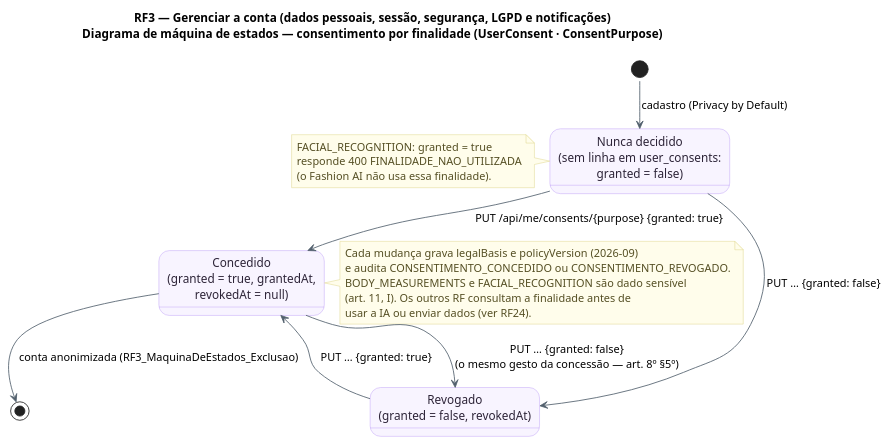
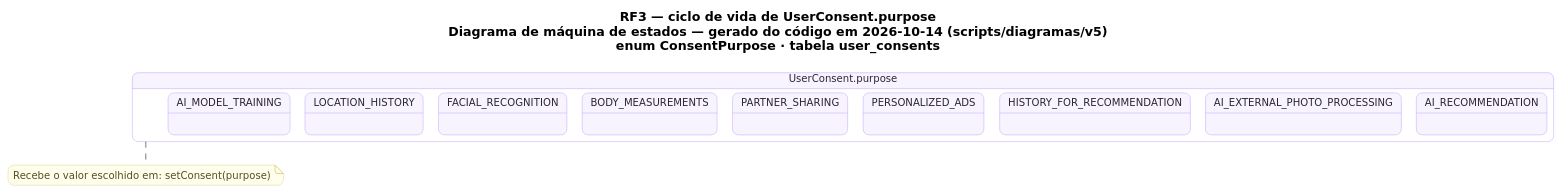
One commit to MatheusHaliski/tcc-2026-fashion-ai-backend changed the diagram in docs/diagramas/RF3/RF3-maquinadeestados-consentimento.puml. Above: the diagram before and after it, drawn with PlantUML. The commit also changed 800 other files, not shown here.

Commit message:
Adiciona composições AURA, bordas Metamorfose, guia visual e atualiza diagramas

```diff
--- a/docs/diagramas/RF3/RF3-maquinadeestados-consentimento.puml
+++ b/docs/diagramas/RF3/RF3-maquinadeestados-consentimento.puml
@@ -1,39 +1,38 @@
 @startuml RF3_MaquinaDeEstados_Consentimento
 !pragma layout smetana
-title RF3 — Gerenciar a conta (dados pessoais, sessão, segurança, LGPD e notificações)\nDiagrama de máquina de estados — consentimento por finalidade (UserConsent · ConsentPurpose)
 skinparam backgroundColor #FFFFFF
-skinparam state {
-  BackgroundColor #F8F4FF
-  BorderColor #B695F5
-  FontColor #2D2438
-  ArrowColor #52606D
-}
+skinparam shadowing false
+skinparam defaultFontName "DejaVu Sans"
+skinparam defaultFontSize 12
+skinparam titleFontSize 15
+skinparam roundcorner 14
+skinparam ArrowColor #52606D
 skinparam note {
   BackgroundColor #FFFDEB
   BorderColor #D8CE78
   FontColor #554F24
 }
-state "Nunca decidido\n(sem linha em user_consents:\ngranted = false)" as Nunca
-state "Concedido\n(granted = true, grantedAt,\nrevokedAt = null)" as Conc
-state "Revogado\n(granted = false, revokedAt)" as Rev
+skinparam state {
+  BackgroundColor #F8F4FF
+  BorderColor #B695F5
+  FontColor #2D2438
+  StartColor #20A77A
+  EndColor #4B5563
+}
+title RF3 — ciclo de vida de UserConsent.purpose\nDiagrama de máquina de estados — gerado do código em 2026-10-14 (scripts/diagramas/v5)\nenum ConsentPurpose · tabela user_consents
 
-[*] --> Nunca : cadastro (Privacy by Default)
-Nunca --> Conc : PUT /api/me/consents/{purpose} {granted: true}
-Nunca --> Rev : PUT … {granted: false}
-Conc --> Rev : PUT … {granted: false}\n(o mesmo gesto da concessão — art. 8º §5º)
-Rev --> Conc : PUT … {granted: true}
-Conc --> [*] : conta anonimizada (RF3_MaquinaDeEstados_Exclusao)
-
-note right of Conc
-  Cada mudança grava legalBasis e policyVersion (2026-09)
-  e audita CONSENTIMENTO_CONCEDIDO ou CONSENTIMENTO_REVOGADO.
-  BODY_MEASUREMENTS e FACIAL_RECOGNITION são dado sensível
-  (art. 11, I). Os outros RF consultam a finalidade antes de
-  usar a IA ou enviar dados (ver RF24).
-end note
-note left of Nunca
-  FACIAL_RECOGNITION: granted = true
-  responde 400 FINALIDADE_NAO_UTILIZADA
-  (o Fashion AI não usa essa finalidade).
+state "UserConsent.purpose" as Ciclo_UserConsent {
+  state Ciclo_UserConsent_AI_RECOMMENDATION as "AI_RECOMMENDATION"
+  state Ciclo_UserConsent_AI_EXTERNAL_PHOTO_PROCESSING as "AI_EXTERNAL_PHOTO_PROCESSING"
+  state Ciclo_UserConsent_HISTORY_FOR_RECOMMENDATION as "HISTORY_FOR_RECOMMENDATION"
+  state Ciclo_UserConsent_PERSONALIZED_ADS as "PERSONALIZED_ADS"
+  state Ciclo_UserConsent_PARTNER_SHARING as "PARTNER_SHARING"
+  state Ciclo_UserConsent_BODY_MEASUREMENTS as "BODY_MEASUREMENTS"
+  state Ciclo_UserConsent_FACIAL_RECOGNITION as "FACIAL_RECOGNITION"
+  state Ciclo_UserConsent_LOCATION_HISTORY as "LOCATION_HISTORY"
+  state Ciclo_UserConsent_AI_MODEL_TRAINING as "AI_MODEL_TRAINING"
+}
+note bottom of Ciclo_UserConsent
+  Recebe o valor escolhido em: setConsent(purpose)
 end note
 @enduml
```
